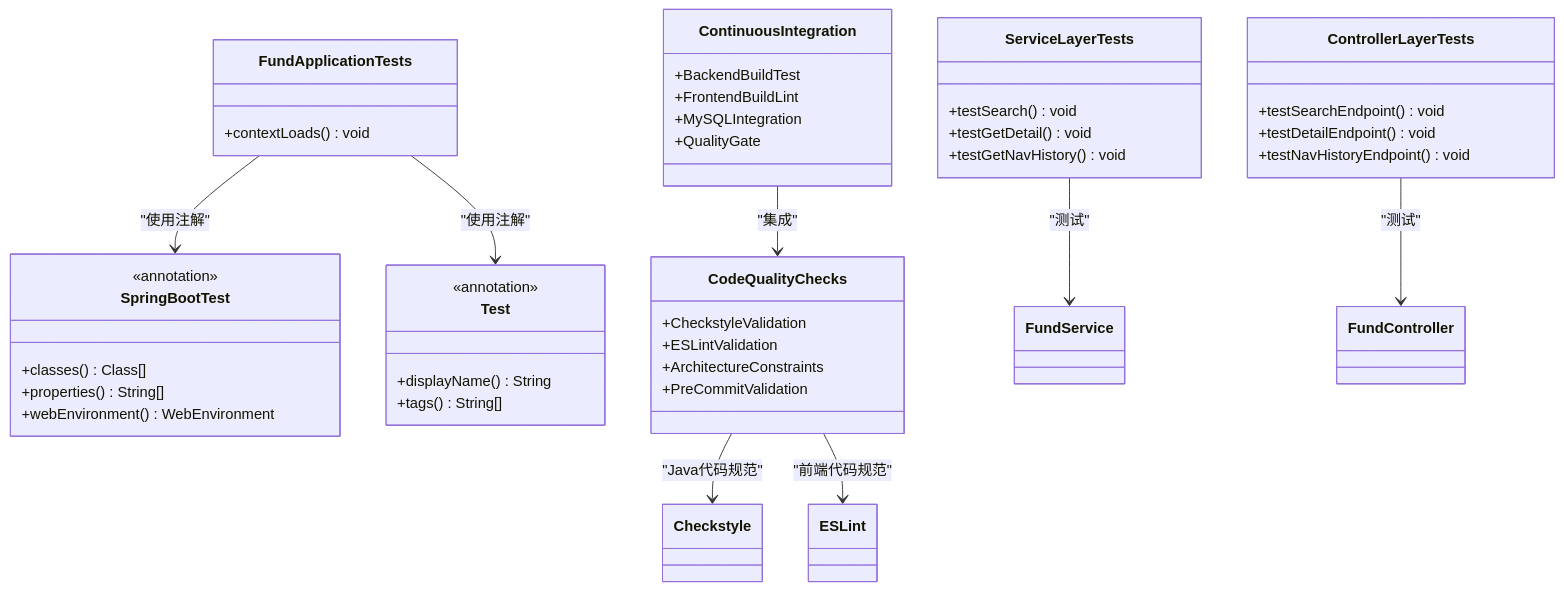
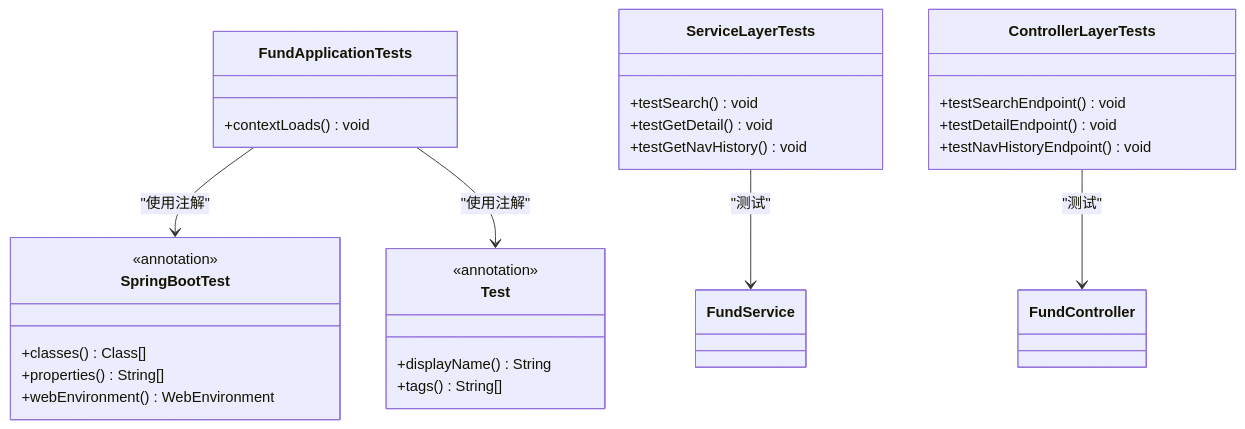
Before and after one commit to gree-coder/fund-butler: the third of 18 diagrams in .qoder/repowiki/zh/content/核心功能开发/测试策略.md, drawn with Mermaid. The commit also changed other lines of this file and 21 other files, not shown here.

````diff
--- a/.qoder/repowiki/zh/content/核心功能开发/测试策略.md
+++ b/.qoder/repowiki/zh/content/核心功能开发/测试策略.md
@@ -180,46 +123,31 @@
 ```mermaid
 classDiagram
 class FundApplicationTests {
 +contextLoads() void
 }
 class SpringBootTest {
 <<annotation>>
 +classes() Class[]
 +properties() String[]
 +webEnvironment() WebEnvironment
 }
 class Test {
 <<annotation>>
 +displayName() String
 +tags() String[]
 }
 class ServiceLayerTests {
 +testSearch() void
 +testGetDetail() void
 +testGetNavHistory() void
 }
 class ControllerLayerTests {
 +testSearchEndpoint() void
 +testDetailEndpoint() void
 +testNavHistoryEndpoint() void
 }
-class CodeQualityChecks {
-+CheckstyleValidation
-+ESLintValidation
-+ArchitectureConstraints
-+PreCommitValidation
-}
-class ContinuousIntegration {
-+BackendBuildTest
-+FrontendBuildLint
-+MySQLIntegration
-+QualityGate
-}
 FundApplicationTests --> SpringBootTest : "使用注解"
 FundApplicationTests --> Test : "使用注解"
 ServiceLayerTests --> FundService : "测试"
 ControllerLayerTests --> FundController : "测试"
-CodeQualityChecks --> Checkstyle : "Java代码规范"
-CodeQualityChecks --> ESLint : "前端代码规范"
-ContinuousIntegration --> CodeQualityChecks : "集成"
 ```
````
